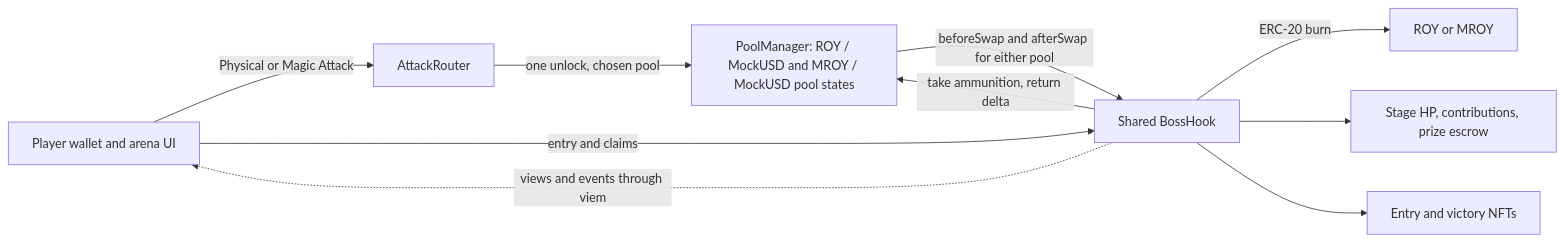
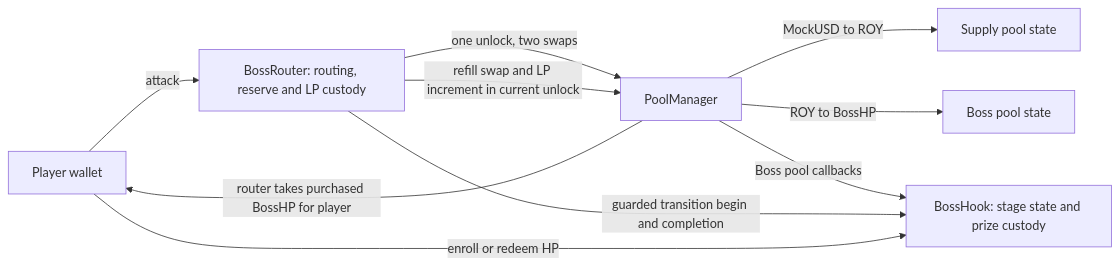
One commit to 0xroylee/eth-global-2026-tokyo changed the diagram in docs/technical-spec.md. Above: the diagram before and after it, drawn with Mermaid. The commit also changed other lines of this file and 12 other files, not shown here.

Commit message:
docs: finalize no-burn BossHP delivery plan and reward custody

````diff
--- a/docs/technical-spec.md
+++ b/docs/technical-spec.md
@@ -7,12 +7,12 @@
 ```mermaid
 flowchart LR
-    W[Player wallet and arena UI] -->|Physical or Magic Attack| R[AttackRouter]
-    R -->|one unlock, chosen pool| PM[PoolManager: ROY / MockUSD and MROY / MockUSD pool states]
-    PM -->|beforeSwap and afterSwap for either pool| H[Shared BossHook]
-    H -->|take ammunition, return delta| PM
-    H -->|ERC-20 burn| A[ROY or MROY]
-    H --> S[Stage HP, contributions, prize escrow]
-    W -->|entry and claims| H
-    H --> N[Entry and victory NFTs]
-    H -.->|views and events through viem| W
+    W[Player wallet] -->|attack| R[BossRouter: routing, reserve and LP custody]
+    R -->|one unlock, two swaps| PM[PoolManager]
+    PM -->|MockUSD to ROY| A[Supply pool state]
+    PM -->|ROY to BossHP| B[Boss pool state]
+    PM -->|Boss pool callbacks| H[BossHook: stage state and prize custody]
+    PM -->|router takes purchased BossHP for player| W
+    R -->|guarded transition begin and completion| H
+    R -->|refill swap and LP increment in current unlock| PM
+    W -->|enroll or redeem HP| H
 ```
````
